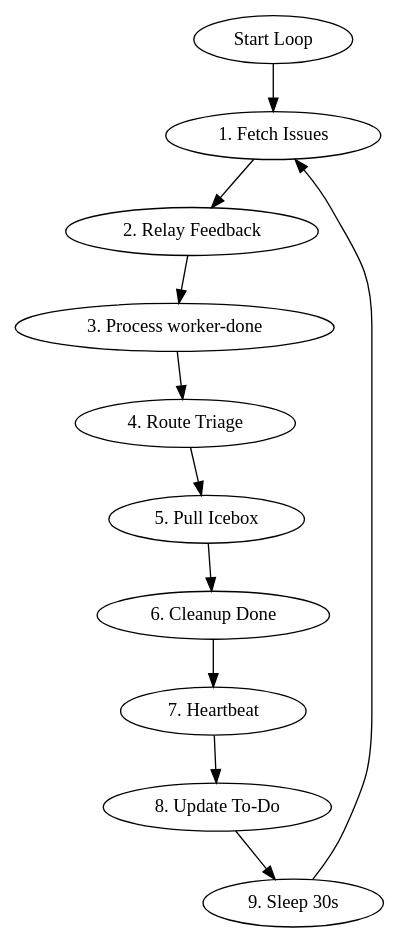
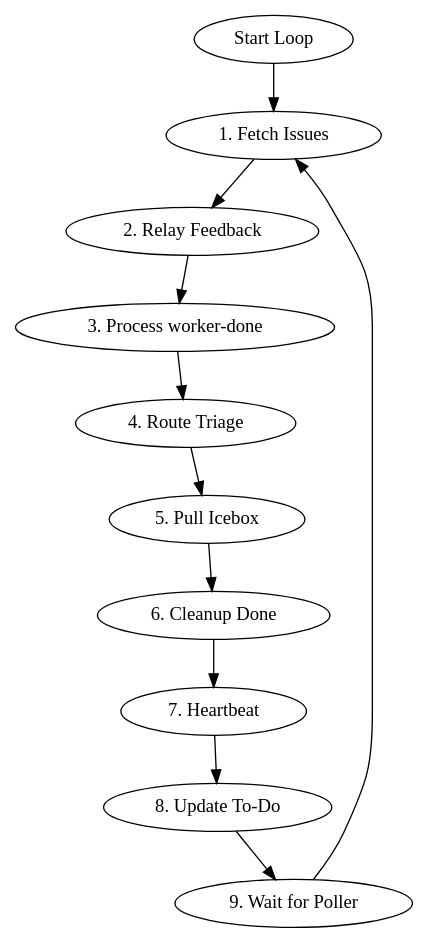
One commit to sjawhar/legion changed the diagram in .opencode/skills/legion-controller/SKILL.md. Above: the diagram before and after it, drawn with Graphviz. The commit also changed other lines of this file and 1 other file, not shown here.

Commit message:
skill(controller): add polling architecture, autonomy table, pipeline integrity, role boundary (#125)

````diff
--- a/.opencode/skills/legion-controller/SKILL.md
+++ b/.opencode/skills/legion-controller/SKILL.md
@@ -31,16 +66,16 @@
 ```dot
 digraph controller {
     rankdir=TB;
     start [label="Start Loop"];
     fetch [label="1. Fetch Issues"];
     feedback [label="2. Relay Feedback"];
     worker_done [label="3. Process worker-done"];
     triage [label="4. Route Triage"];
     icebox [label="5. Pull Icebox"];
     cleanup [label="6. Cleanup Done"];
     heartbeat [label="7. Heartbeat"];
     todo [label="8. Update To-Do"];
-    sleep [label="9. Sleep 30s"];
-    start -> fetch -> feedback -> worker_done -> triage -> icebox -> cleanup -> heartbeat -> todo -> sleep -> fetch;
+    wait [label="9. Wait for Poller"];
+    start -> fetch -> feedback -> worker_done -> triage -> icebox -> cleanup -> heartbeat -> todo -> wait -> fetch;
 }
 ```
````
